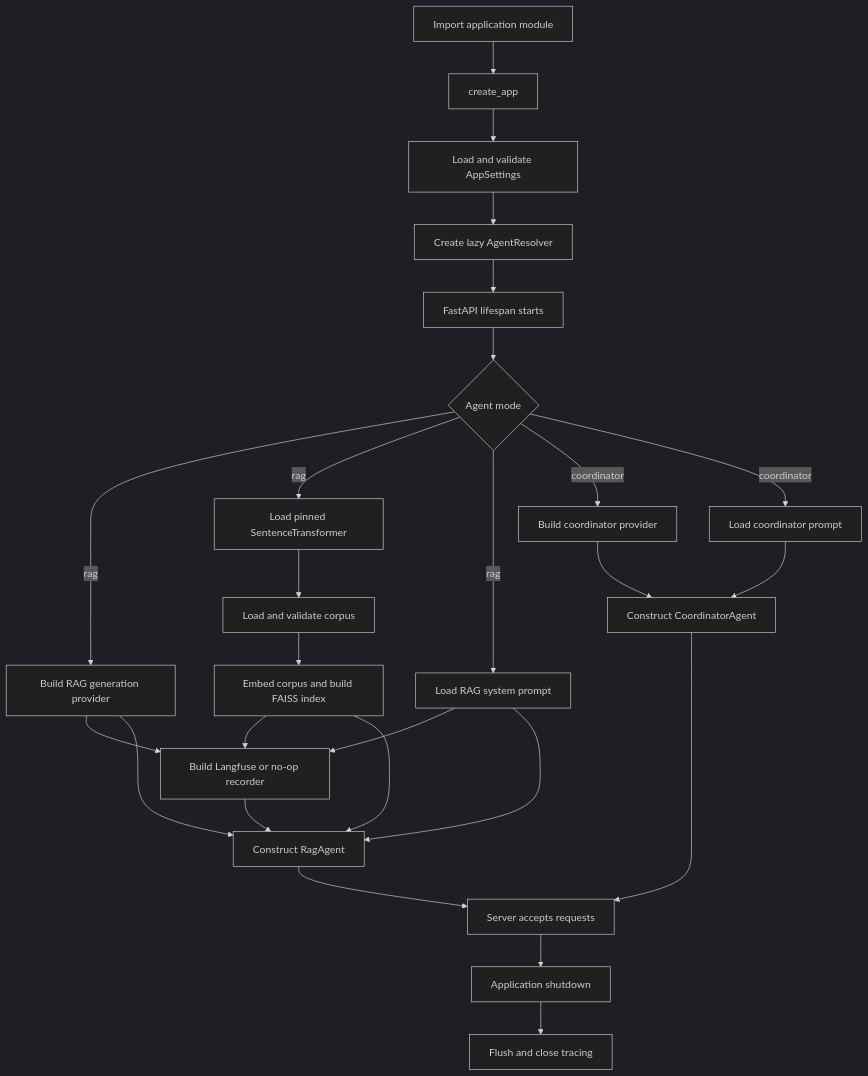
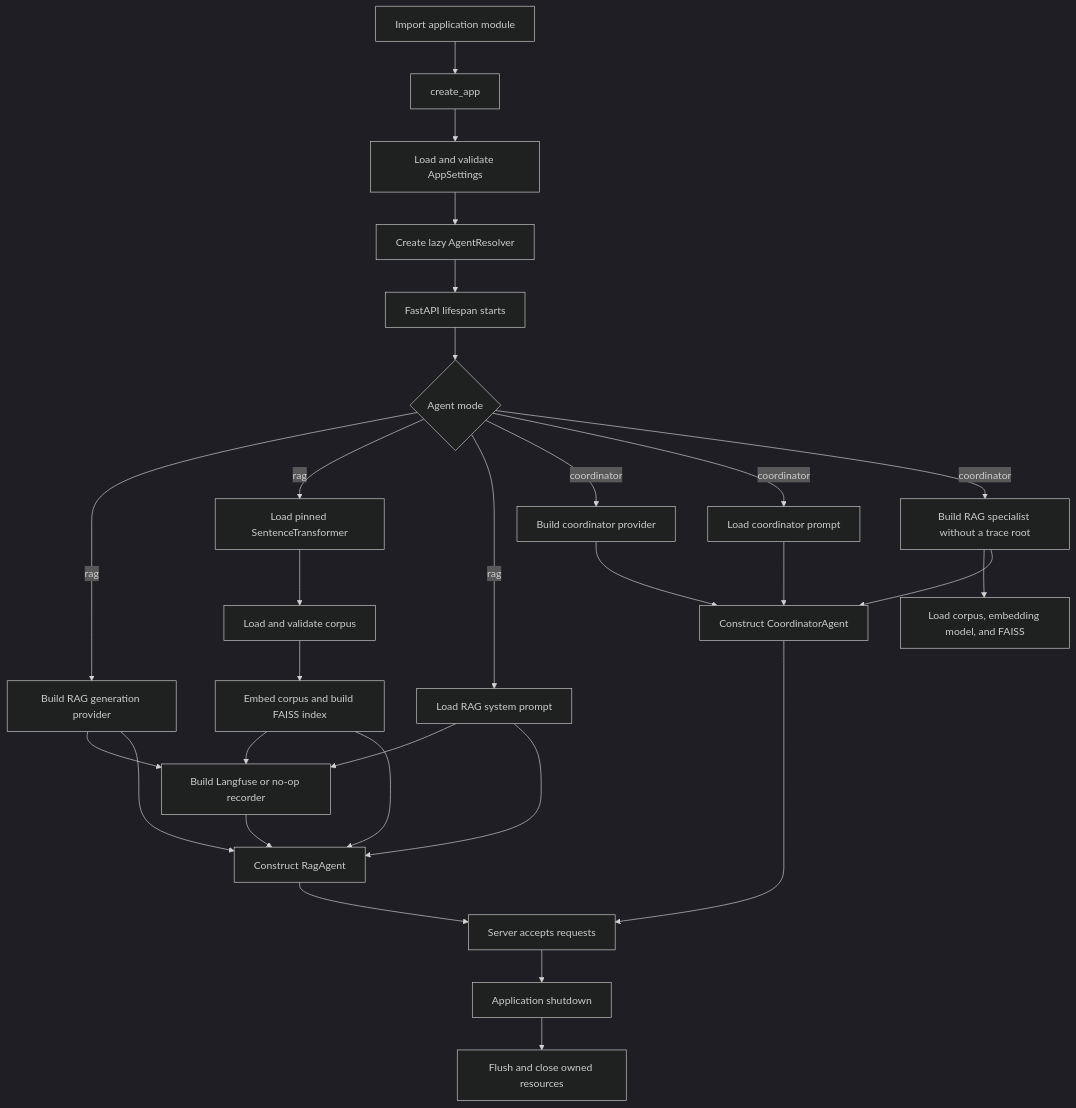
The fourth of 15 diagrams in architecture.md (govtech-responsibleai/agentic-eval-toyapp), drawn with Mermaid (dark theme) before and after one commit. The commit also changed other lines of this file and 9 other files, not shown here.

````diff
--- a/architecture.md
+++ b/architecture.md
@@ -239,28 +250,31 @@
 ```mermaid
 flowchart TD
     Import[Import application module] --> Factory[create_app]
     Factory --> Settings[Load and validate AppSettings]
     Settings --> Resolver[Create lazy AgentResolver]
     Resolver --> Lifespan[FastAPI lifespan starts]
     Lifespan --> Mode{Agent mode}
     Mode -->|rag| Generation[Build RAG generation provider]
     Mode -->|rag| Embedding[Load pinned SentenceTransformer]
     Embedding --> Corpus[Load and validate corpus]
     Corpus --> Index[Embed corpus and build FAISS index]
     Mode -->|rag| Prompt[Load RAG system prompt]
     Generation --> Tracing[Build Langfuse or no-op recorder]
     Index --> Tracing
     Prompt --> Tracing
     Generation --> Agent[Construct RagAgent]
     Index --> Agent[Construct RagAgent]
     Prompt --> Agent
     Tracing --> Agent
     Mode -->|coordinator| CoordinatorProvider[Build coordinator provider]
     Mode -->|coordinator| CoordinatorPrompt[Load coordinator prompt]
+    Mode -->|coordinator| Specialist[Build RAG specialist without a trace root]
+    Specialist --> SpecialistIndex[Load corpus, embedding model, and FAISS]
     CoordinatorProvider --> Coordinator[Construct CoordinatorAgent]
     CoordinatorPrompt --> Coordinator
+    Specialist --> Coordinator
     Agent --> Ready[Server accepts requests]
     Coordinator --> Ready
     Ready --> Shutdown[Application shutdown]
-    Shutdown --> Flush[Flush and close tracing]
+    Shutdown --> Flush[Flush and close owned resources]
 ```
````
